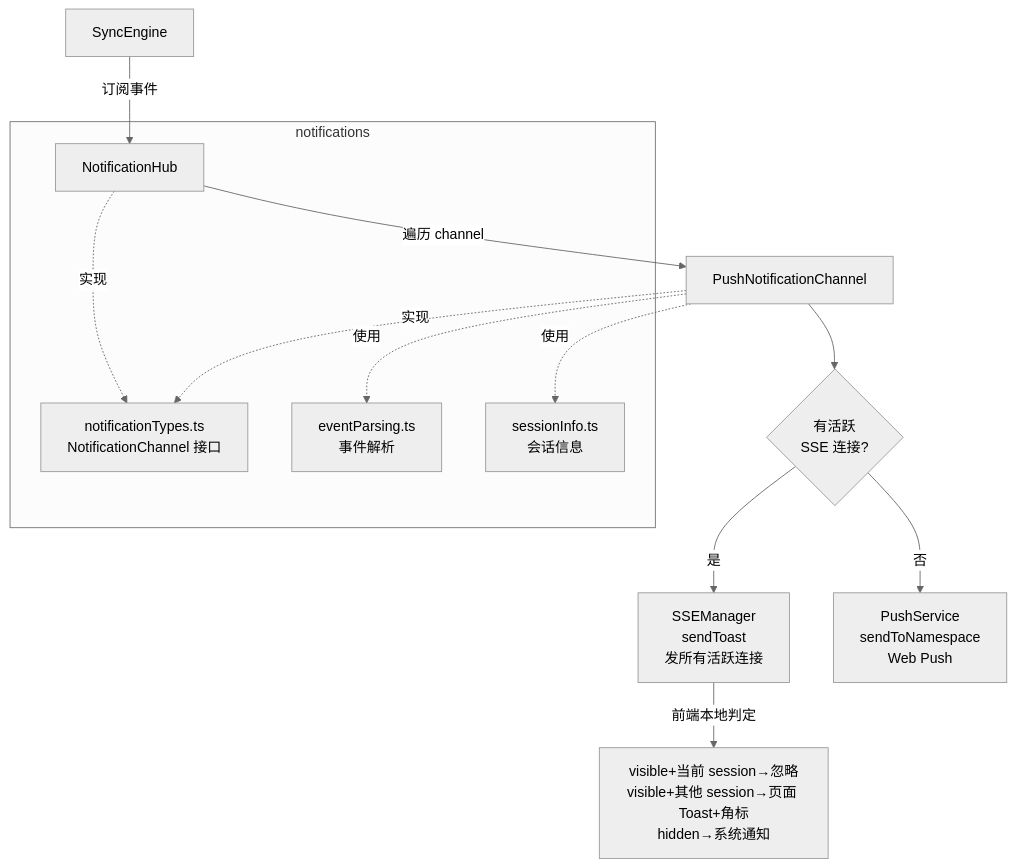
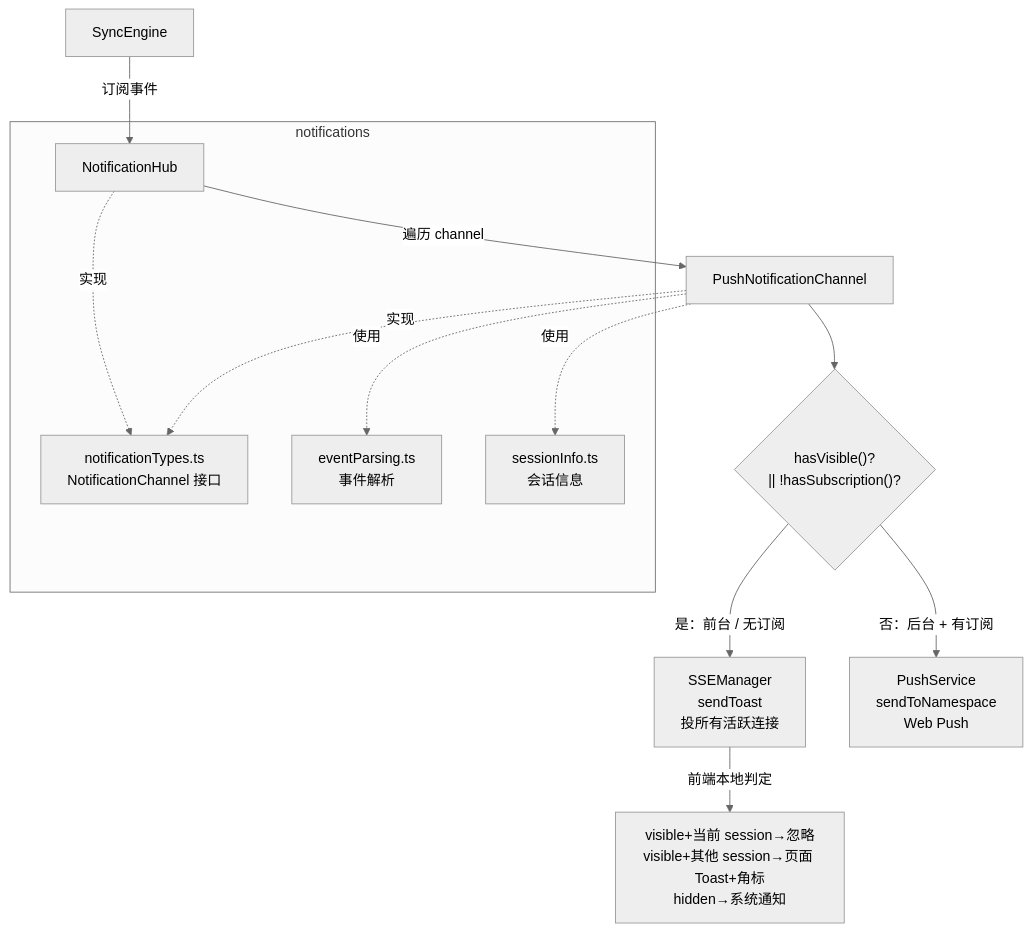
Before and after one commit to ModuBit/mobi: the first of 3 diagrams in docs/architecture/hub/notification/README.md, drawn with Mermaid (neutral theme). The commit also changed other lines of this file and 5 other files, not shown here.

````diff
--- a/docs/architecture/hub/notification/README.md
+++ b/docs/architecture/hub/notification/README.md
@@ -13,21 +13,21 @@
 ```mermaid
 flowchart TB
     SE[SyncEngine] -->|订阅事件| NH[NotificationHub]
     NH -->|遍历 channel| PNC[PushNotificationChannel]
-    PNC --> Active{有活跃<br/>SSE 连接?}
-    Active -->|是| SSE[SSEManager<br/>sendToast<br/>发所有活跃连接]
-    Active -->|否| PS[PushService<br/>sendToNamespace<br/>Web Push]
+    PNC --> Decide{"hasVisible()?<br/>|| !hasSubscription()?"}
+    Decide -->|"是：前台 / 无订阅"| SSE[SSEManager<br/>sendToast<br/>投所有活跃连接]
+    Decide -->|"否：后台 + 有订阅"| PS[PushService<br/>sendToNamespace<br/>Web Push]
     SSE -->|前端本地判定| Branch[visible+当前 session→忽略<br/>visible+其他 session→页面 Toast+角标<br/>hidden→系统通知]
 
     subgraph notifications
         NH
         Types[notificationTypes.ts<br/>NotificationChannel 接口]
         EP[eventParsing.ts<br/>事件解析]
         SI[sessionInfo.ts<br/>会话信息]
     end
 
     PNC -.->|使用| SI
     PNC -.->|使用| EP
     NH -.->|实现| Types
     PNC -.->|实现| Types
 ```
````
